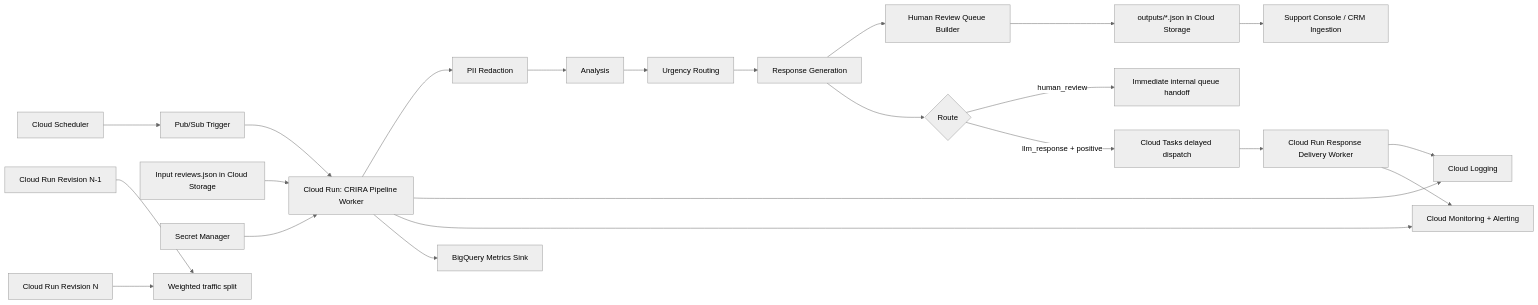
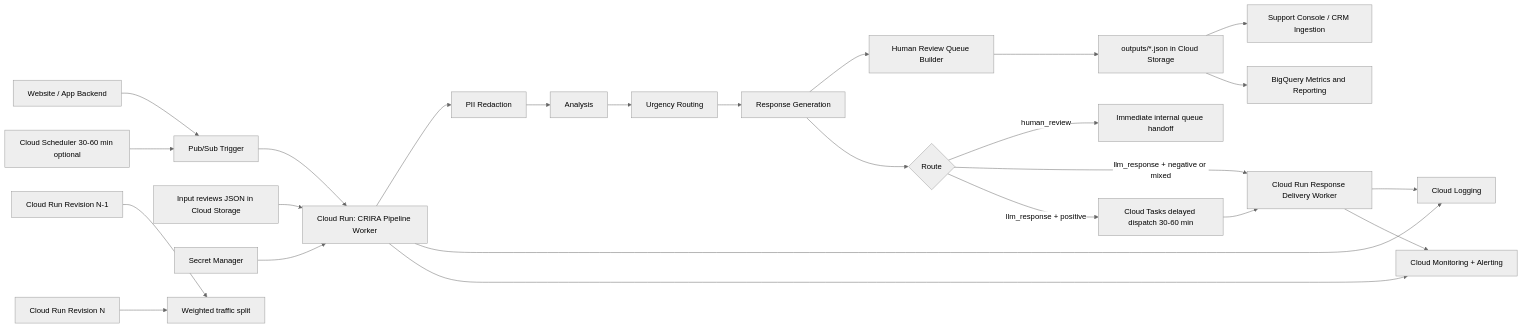
One commit to emmacrawford222/CRIRA changed the diagram in retailgenius-crira/docs/gcp_architecture.md. Above: the diagram before and after it, drawn with Mermaid (neutral theme). The commit also changed other lines of this file and 3 other files, not shown here.

````diff
--- a/retailgenius-crira/docs/gcp_architecture.md
+++ b/retailgenius-crira/docs/gcp_architecture.md
@@ -3,30 +3,32 @@
 ```mermaid
 flowchart LR
-    A[Cloud Scheduler] --> B[Pub/Sub Trigger]
-    B --> C[Cloud Run: CRIRA Pipeline Worker]
+    W[Website / App Backend] --> B
+    A[Cloud Scheduler 30-60 min optional] --> B
+    B[Pub/Sub Trigger] --> C[Cloud Run: CRIRA Pipeline Worker]
 
-    D[Input reviews.json in Cloud Storage] --> C
+    D[Input reviews JSON in Cloud Storage] --> C
     C --> E[PII Redaction]
     E --> F[Analysis]
     F --> G[Urgency Routing]
     G --> H[Response Generation]
     H --> I[Human Review Queue Builder]
 
     I --> J[outputs/*.json in Cloud Storage]
     J --> K[Support Console / CRM Ingestion]
     H --> P{Route}
     P -->|human_review| Q[Immediate internal queue handoff]
-    P -->|llm_response + positive| R[Cloud Tasks delayed dispatch]
+    P -->|llm_response + negative or mixed| S[Cloud Run Response Delivery Worker]
+    P -->|llm_response + positive| R[Cloud Tasks delayed dispatch 30-60 min]
     R --> S[Cloud Run Response Delivery Worker]
 
     C --> L[Cloud Logging]
     C --> M[Cloud Monitoring + Alerting]
-    C --> N[BigQuery Metrics Sink]
+    J --> N[BigQuery Metrics and Reporting]
     S --> L
     S --> M
 
     O[Secret Manager] --> C
 
     T[Cloud Run Revision N-1] --> U[Weighted traffic split]
     V[Cloud Run Revision N] --> U
 ```
````
